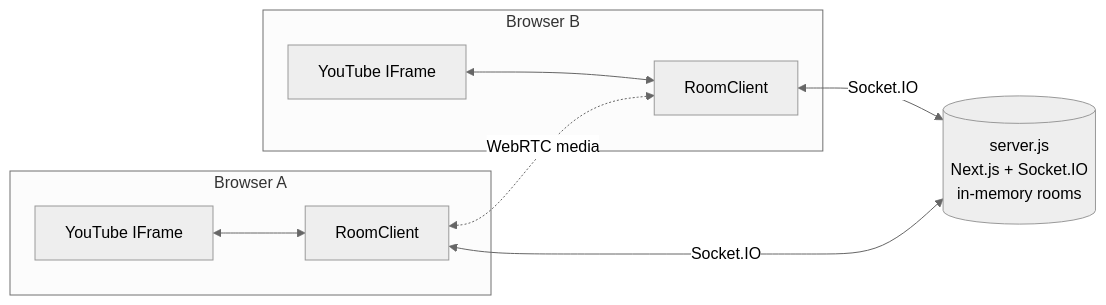
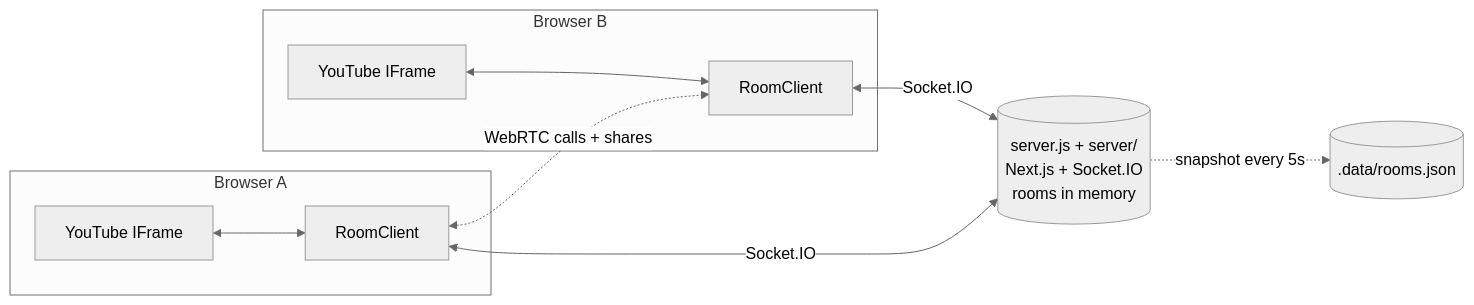
The diagram in README.md (himanshudev28/playcircle), drawn with Mermaid (neutral theme) before and after one commit. The commit also changed other lines of this file and 32 other files, not shown here.

````diff
--- a/README.md
+++ b/README.md
@@ -110,12 +160,13 @@
 ```mermaid
 flowchart LR
     subgraph Browser A
         YA[YouTube IFrame] <--> RA[RoomClient]
     end
     subgraph Browser B
         YB[YouTube IFrame] <--> RB[RoomClient]
     end
-    RA <-- Socket.IO --> S[(server.js<br/>Next.js + Socket.IO<br/>in-memory rooms)]
+    RA <-- Socket.IO --> S[(server.js + server/<br/>Next.js + Socket.IO<br/>rooms in memory)]
     RB <-- Socket.IO --> S
-    RA <-. WebRTC media .-> RB
+    S -. snapshot every 5s .-> D[(.data/rooms.json)]
+    RA <-. WebRTC calls + shares .-> RB
 ```
````
